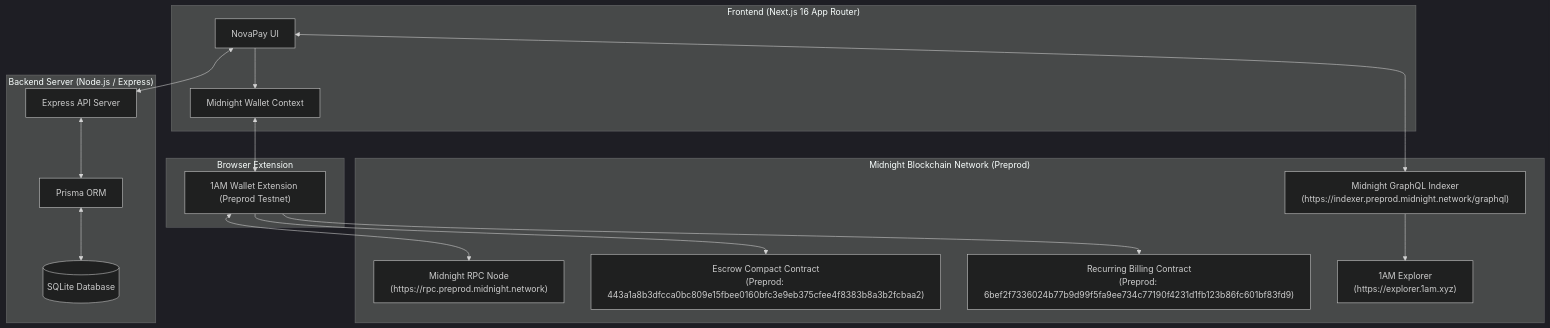
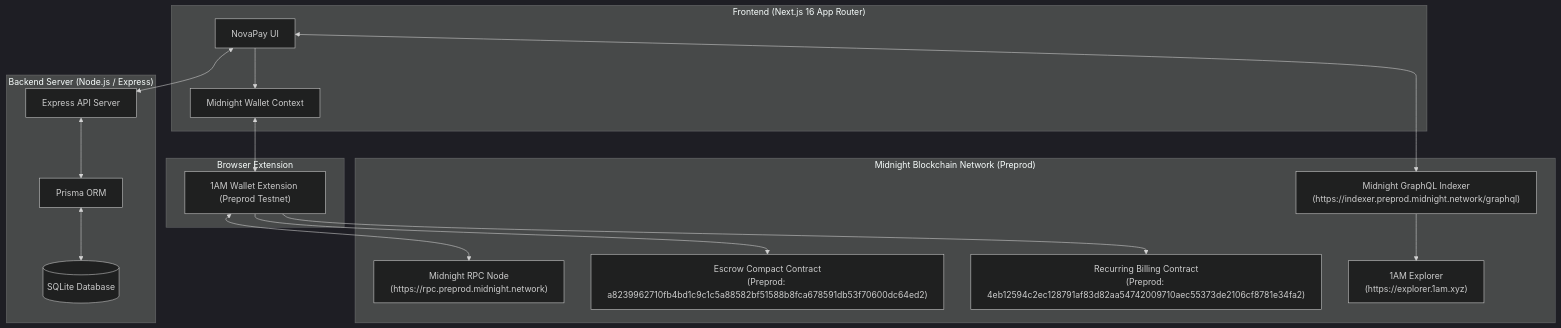
The diagram in README.md (Riju79/NovaPay), drawn with Mermaid (dark theme) before and after one commit. The commit also changed other lines of this file and 19 other files, not shown here.

````diff
--- a/README.md
+++ b/README.md
@@ -270,36 +270,36 @@
 ```mermaid
 flowchart TD
     subgraph Client ["Frontend (Next.js 16 App Router)"]
         UI["NovaPay UI"]
         WalletCtx["Midnight Wallet Context"]
     end
 
     subgraph Wallet ["Browser Extension"]
         OneAM["1AM Wallet Extension (Preprod Testnet)"]
     end
 
     subgraph Backend ["Backend Server (Node.js / Express)"]
         API["Express API Server"]
         Prisma["Prisma ORM"]
         DB[(SQLite Database)]
     end
 
     subgraph Blockchain ["Midnight Blockchain Network (Preprod)"]
         RPC["Midnight RPC Node\n(https://rpc.preprod.midnight.network)"]
         Indexer["Midnight GraphQL Indexer\n(https://indexer.preprod.midnight.network/graphql)"]
-        EscrowContract["Escrow Compact Contract\n(Preprod: 443a1a8b3dfcca0bc809e15fbee0160bfc3e9eb375cfee4f8383b8a3b2fcbaa2)"]
-        RecurringContract["Recurring Billing Contract\n(Preprod: 6bef2f7336024b77b9d99f5fa9ee734c77190f4231d1fb123b86fc601bf83fd9)"]
+        EscrowContract["Escrow Compact Contract\n(Preprod: a8239962710fb4bd1c9c1c5a88582bf51588b8fca678591db53f70600dc64ed2)"]
+        RecurringContract["Recurring Billing Contract\n(Preprod: 4eb12594c2ec128791af83d82aa54742009710aec55373de2106cf8781e34fa2)"]
         Explorer["1AM Explorer\n(https://explorer.1am.xyz)"]
     end
 
     UI --> WalletCtx
     WalletCtx <--> OneAM
     OneAM <--> RPC
     UI <--> API
     API <--> Prisma
     Prisma <--> DB
     UI <--> Indexer
     OneAM --> EscrowContract
     OneAM --> RecurringContract
     Indexer --> Explorer
 ```
````
